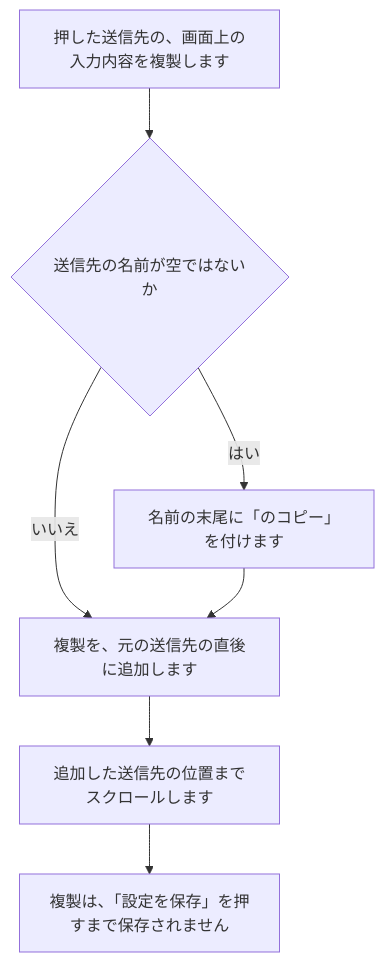
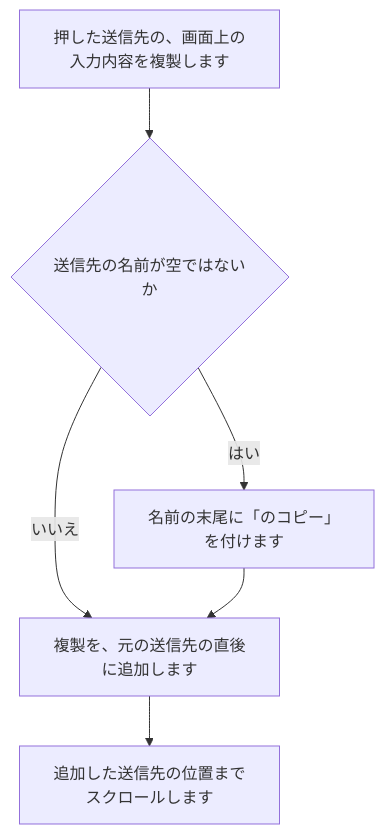
The seventh of 34 diagrams in tool/smstokintone/doc/02_設計/処理フロー.md (nishida2073/project_management), drawn with Mermaid before and after one commit. The commit also changed other lines of this file and 5 other files, not shown here.

````diff
--- a/tool/smstokintone/doc/02_設計/処理フロー.md
+++ b/tool/smstokintone/doc/02_設計/処理フロー.md
@@ -122,9 +121,8 @@
 ```mermaid
 flowchart TD
   A["押した送信先の、画面上の入力内容を複製します"] --> B{"送信先の名前が空ではないか"}
   B -- はい --> C["名前の末尾に「のコピー」を付けます"]
   B -- いいえ --> D["複製を、元の送信先の直後に追加します"]
   C --> D
   D --> E["追加した送信先の位置までスクロールします"]
-  E --> F["複製は、「設定を保存」を押すまで保存されません"]
 ```
````
